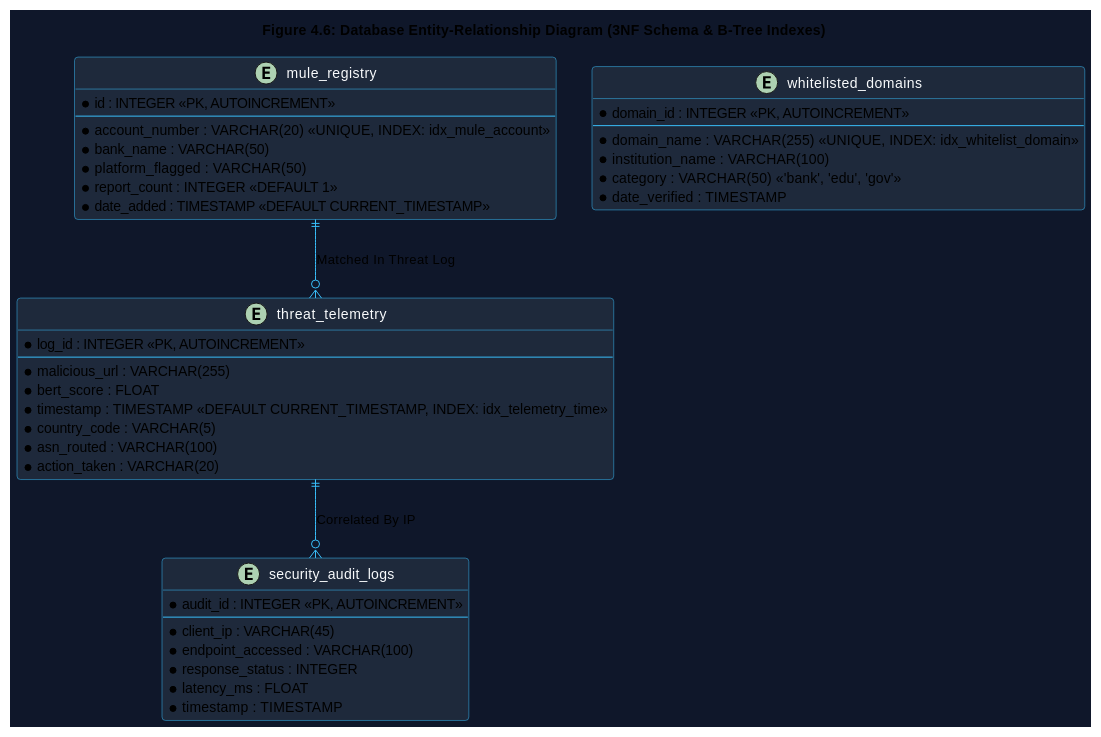
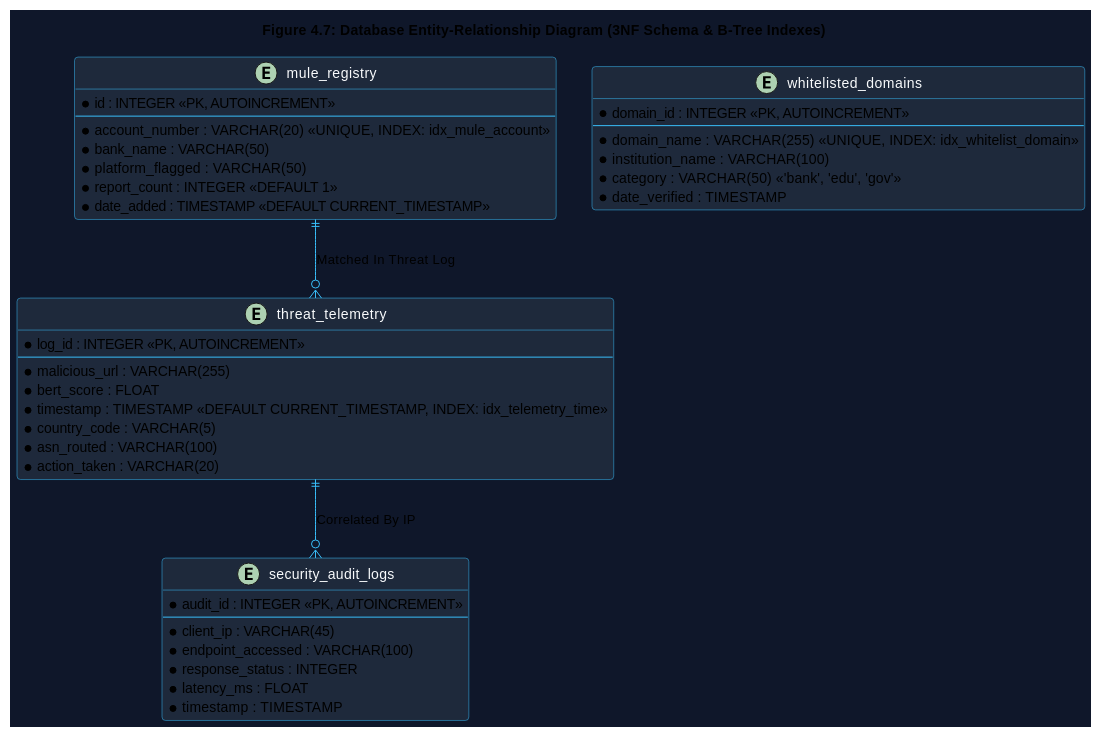
One commit to KunTheNoobie/PhishGuard-AI-Complete changed the sixth of 7 diagrams in report/Chapter_4_System_Design.md. Above: the diagram before and after it, drawn with PlantUML. The commit also changed other lines of this file, not shown here.

````diff
--- a/report/Chapter_4_System_Design.md
+++ b/report/Chapter_4_System_Design.md
@@ -616,58 +694,58 @@
 ```plantuml
 @startuml ERD_Chapter_4
 !theme vibrant
 skinparam backgroundColor #0f172a
 skinparam ArrowColor #38bdf8
 skinparam ClassBorderColor #38bdf8
 skinparam ClassBackgroundColor #1e293b
 skinparam ClassFontColor #f8fafc
 skinparam PackageBorderColor #64748b
 skinparam PackageFontColor #94a3b8
 
-title Figure 4.6: Database Entity-Relationship Diagram (3NF Schema & B-Tree Indexes)
+title Figure 4.7: Database Entity-Relationship Diagram (3NF Schema & B-Tree Indexes)
 
 entity "mule_registry" as MuleEntity {
     * id : INTEGER <<PK, AUTOINCREMENT>>
     --
     * account_number : VARCHAR(20) <<UNIQUE, INDEX: idx_mule_account>>
     * bank_name : VARCHAR(50)
     * platform_flagged : VARCHAR(50)
     * report_count : INTEGER <<DEFAULT 1>>
     * date_added : TIMESTAMP <<DEFAULT CURRENT_TIMESTAMP>>
 }
 
 entity "threat_telemetry" as TelemetryEntity {
     * log_id : INTEGER <<PK, AUTOINCREMENT>>
     --
     * malicious_url : VARCHAR(255)
     * bert_score : FLOAT
     * timestamp : TIMESTAMP <<DEFAULT CURRENT_TIMESTAMP, INDEX: idx_telemetry_time>>
     * country_code : VARCHAR(5)
     * asn_routed : VARCHAR(100)
     * action_taken : VARCHAR(20)
 }
 
 entity "whitelisted_domains" as WhitelistEntity {
     * domain_id : INTEGER <<PK, AUTOINCREMENT>>
     --
     * domain_name : VARCHAR(255) <<UNIQUE, INDEX: idx_whitelist_domain>>
     * institution_name : VARCHAR(100)
     * category : VARCHAR(50) <<'bank', 'edu', 'gov'>>
     * date_verified : TIMESTAMP
 }
 
 entity "security_audit_logs" as AuditEntity {
     * audit_id : INTEGER <<PK, AUTOINCREMENT>>
     --
     * client_ip : VARCHAR(45)
     * endpoint_accessed : VARCHAR(100)
     * response_status : INTEGER
     * latency_ms : FLOAT
     * timestamp : TIMESTAMP
 }
 
 TelemetryEntity ||--o{ AuditEntity : Correlated By IP
 MuleEntity ||--o{ TelemetryEntity : Matched In Threat Log
 
 @enduml
 ```
````
